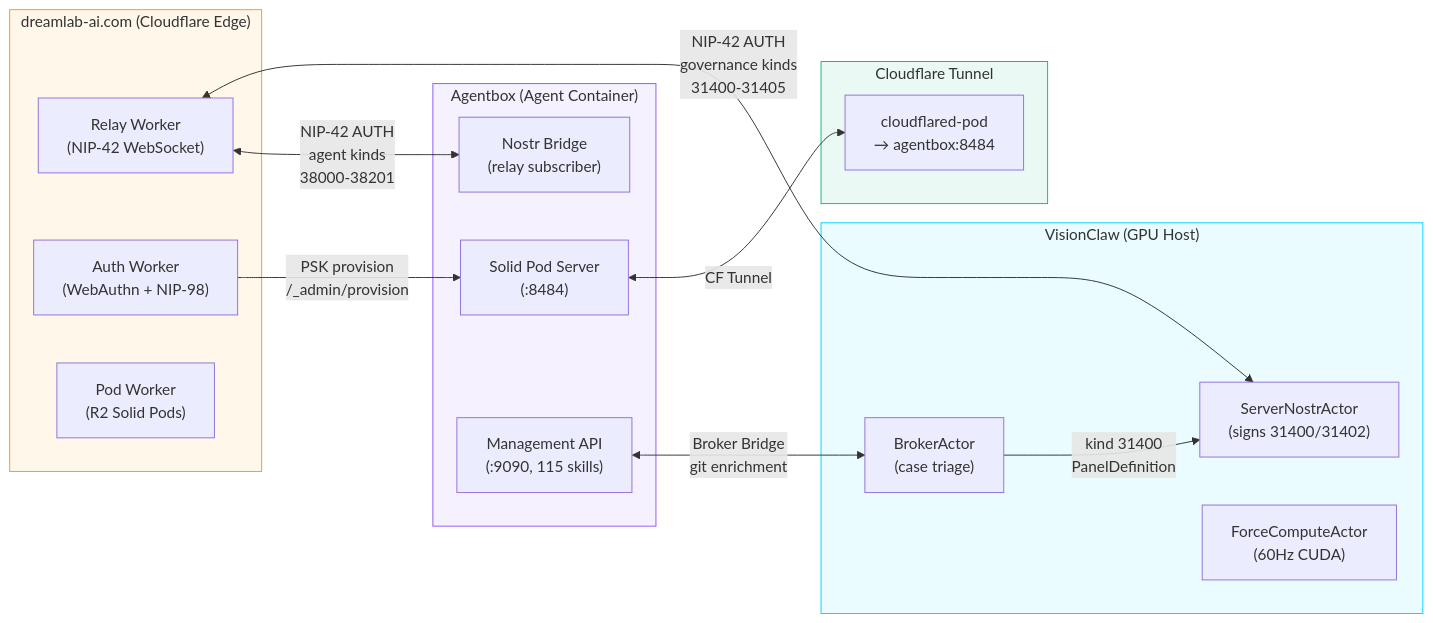
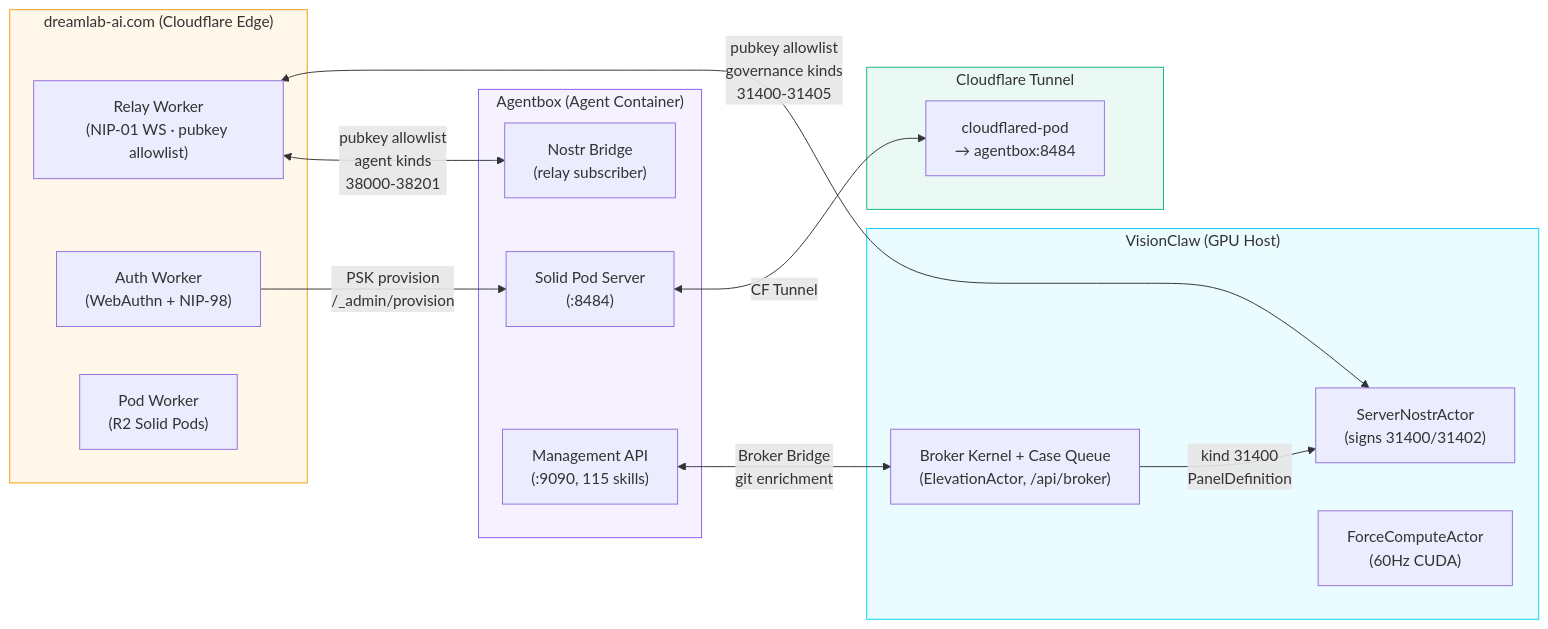
The fifth of 10 diagrams in README.md (DreamLab-AI/VisionFlow), drawn with Mermaid before and after one commit. The commit also changed other lines of this file and 15 other files, not shown here.

````diff
--- a/README.md
+++ b/README.md
@@ -378,36 +381,36 @@
 ```mermaid
 flowchart LR
     subgraph SITE["dreamlab-ai.com (Cloudflare Edge)"]
-        RW["Relay Worker\n(NIP-42 WebSocket)"]
+        RW["Relay Worker\n(NIP-01 WS · pubkey allowlist)"]
         AW["Auth Worker\n(WebAuthn + NIP-98)"]
         PW["Pod Worker\n(R2 Solid Pods)"]
     end
 
     subgraph VC_HOST["VisionClaw (GPU Host)"]
-        BA["BrokerActor\n(case triage)"]
+        BA["Broker Kernel + Case Queue\n(ElevationActor, /api/broker)"]
         SNA["ServerNostrActor\n(signs 31400/31402)"]
         PHYSICS["ForceComputeActor\n(60Hz CUDA)"]
     end
 
     subgraph AB_HOST["Agentbox (Agent Container)"]
         NB["Nostr Bridge\n(relay subscriber)"]
         SP["Solid Pod Server\n(:8484)"]
         MA["Management API\n(:9090, 115 skills)"]
     end
 
     subgraph TUNNEL["Cloudflare Tunnel"]
         CFT["cloudflared-pod\n→ agentbox:8484"]
     end
 
-    RW <-->|"NIP-42 AUTH\ngovernance kinds\n31400-31405"| SNA
-    RW <-->|"NIP-42 AUTH\nagent kinds\n38000-38201"| NB
+    RW <-->|"pubkey allowlist\ngovernance kinds\n31400-31405"| SNA
+    RW <-->|"pubkey allowlist\nagent kinds\n38000-38201"| NB
     BA -->|"kind 31400\nPanelDefinition"| SNA
     AW -->|"PSK provision\n/_admin/provision"| SP
     SP <-->|"CF Tunnel"| CFT
     MA <-->|"Broker Bridge\ngit enrichment"| BA
 
     style SITE fill:#f59e0b15,stroke:#f59e0b
     style VC_HOST fill:#00d4ff15,stroke:#00d4ff
     style AB_HOST fill:#8b5cf615,stroke:#8b5cf6
     style TUNNEL fill:#10b98115,stroke:#10b981
 ```
````
